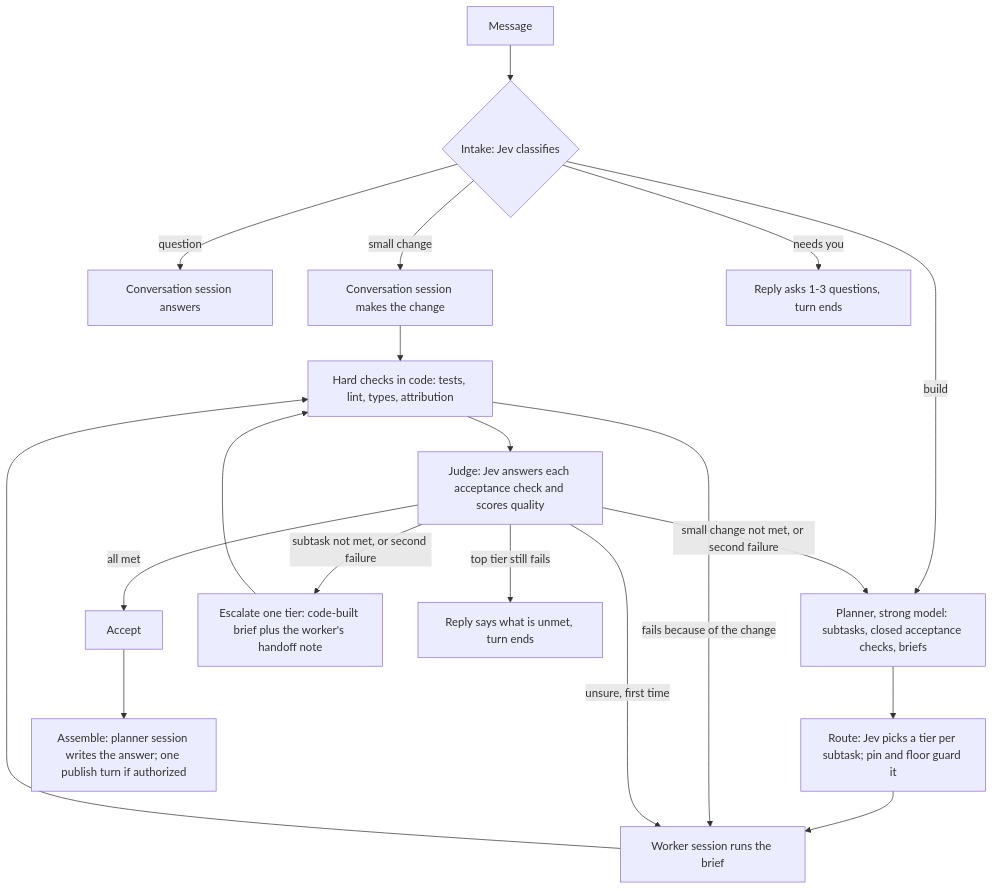
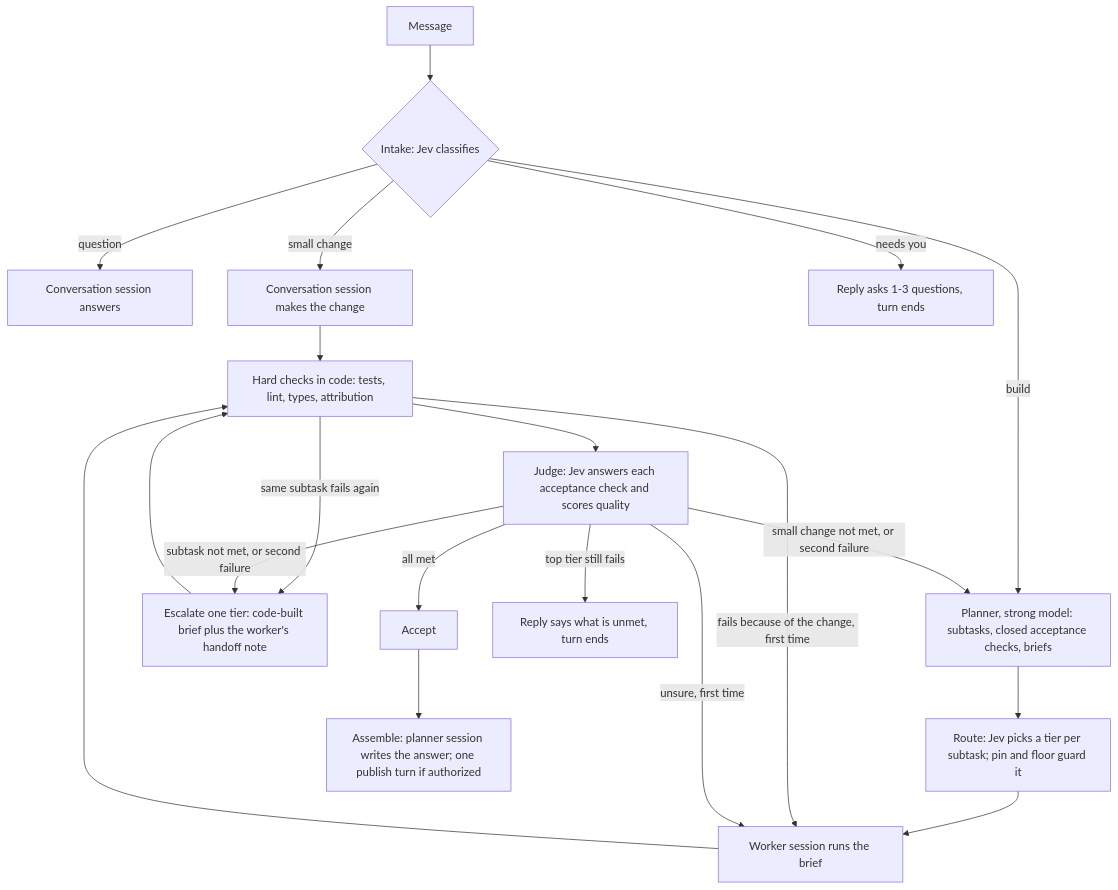
One commit to karki011/spark-outpost changed the diagram in docs/architecture/HARNESS_SIMPLE.md. Above: the diagram before and after it, drawn with Mermaid. The commit also changed other lines of this file, not shown here.

````diff
--- a/docs/architecture/HARNESS_SIMPLE.md
+++ b/docs/architecture/HARNESS_SIMPLE.md
@@ -15,21 +15,22 @@
 ```mermaid
 flowchart TD
   M[Message] --> I{Intake: Jev classifies}
   I -->|question| C[Conversation session answers]
   I -->|small change| W1[Conversation session makes the change]
   I -->|needs you| Q[Reply asks 1-3 questions, turn ends]
   I -->|build| P[Planner, strong model: subtasks, closed acceptance checks, briefs]
   P --> R[Route: Jev picks a tier per subtask; pin and floor guard it]
   R --> W[Worker session runs the brief]
   W1 --> H
   W --> H[Hard checks in code: tests, lint, types, attribution]
-  H -->|fails because of the change| W
+  H -->|fails because of the change, first time| W
+  H -->|same subtask fails again| E
   H --> J[Judge: Jev answers each acceptance check and scores quality]
   J -->|all met| A[Accept]
   J -->|unsure, first time| W
   J -->|subtask not met, or second failure| E[Escalate one tier: code-built brief plus the worker's handoff note]
   J -->|small change not met, or second failure| P
   E --> H
   J -->|top tier still fails| Q2[Reply says what is unmet, turn ends]
   A --> S[Assemble: planner session writes the answer; one publish turn if authorized]
 ```
````
